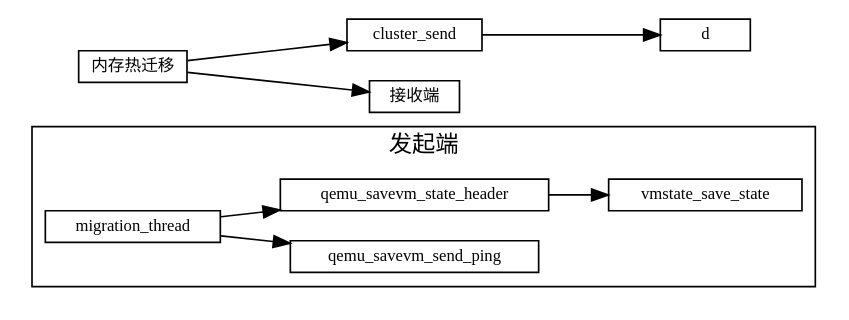
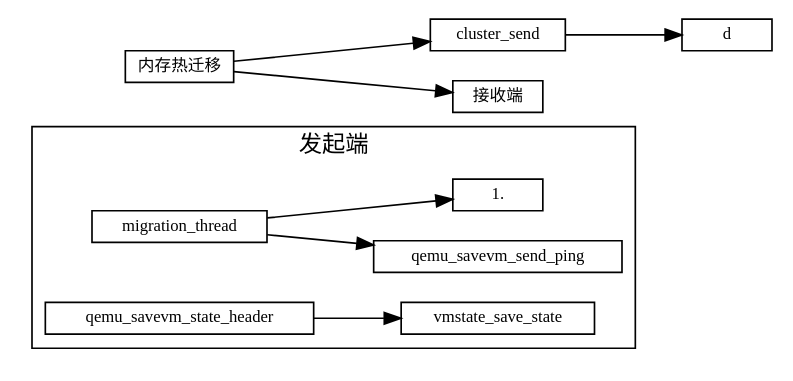
Before and after one commit to sisyphus1212/note: the diagram in 虚拟化/热迁移/1-内存热迁移.md, drawn with Graphviz.

Commit message:
auto_update

````diff
--- a/虚拟化/热迁移/1-内存热迁移.md
+++ b/虚拟化/热迁移/1-内存热迁移.md
@@ -11,22 +11,22 @@
 ```graphviz
 digraph 热迁移 {
 fontname="Helvetica,Arial,sans-serif"
 //node [fontname="Helvetica,Arial,sans-serif"]
 edge [fontname="Helvetica,Arial,sans-serif"]
 rankdir="LR"
 node [fontsize=10, shape=box, height=0.25]
 edge [fontsize=10]
 
   subgraph cluster_send {
     label="发起端";
     migration_thread -> qemu_savevm_send_ping
-    migration_thread -> qemu_savevm_state_header -> vmstate_save_state
+    migration_thread -> 1.qemu_savevm_state_header -> vmstate_save_state
   }
 
 内存热迁移 [label="内存热迁移"]
 内存热迁移 -> cluster_send
            -> d
 
 内存热迁移 -> 接收端
 }
 ```
````
